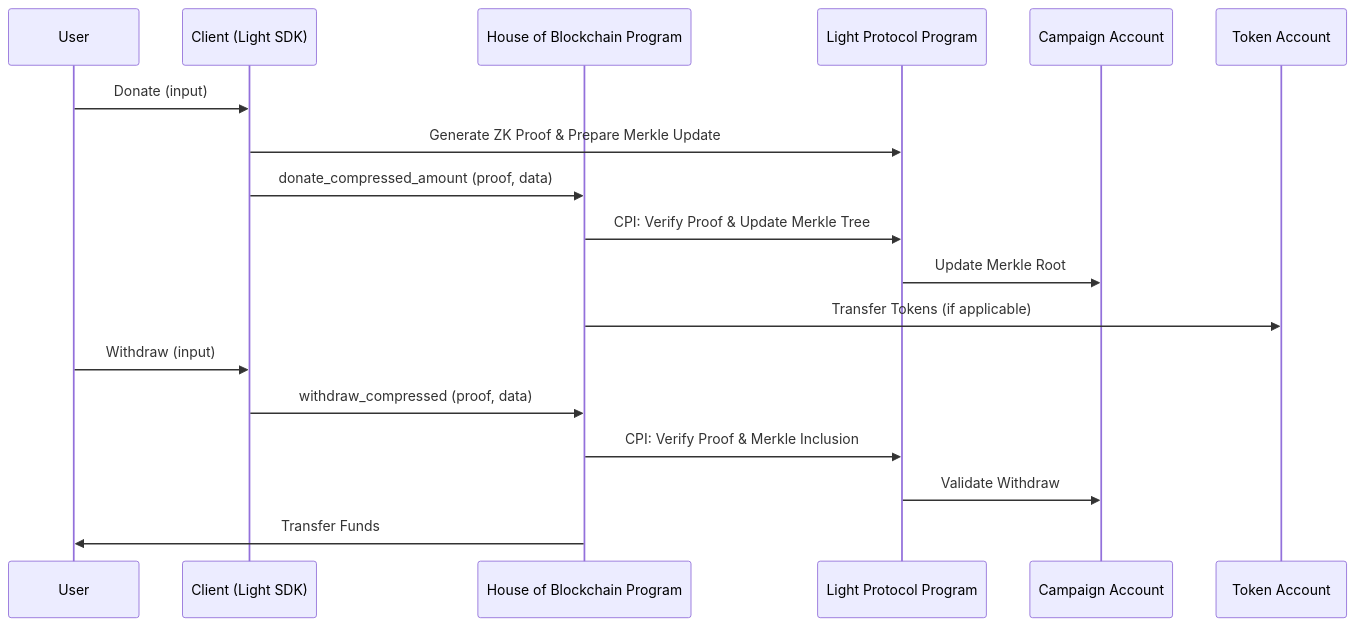
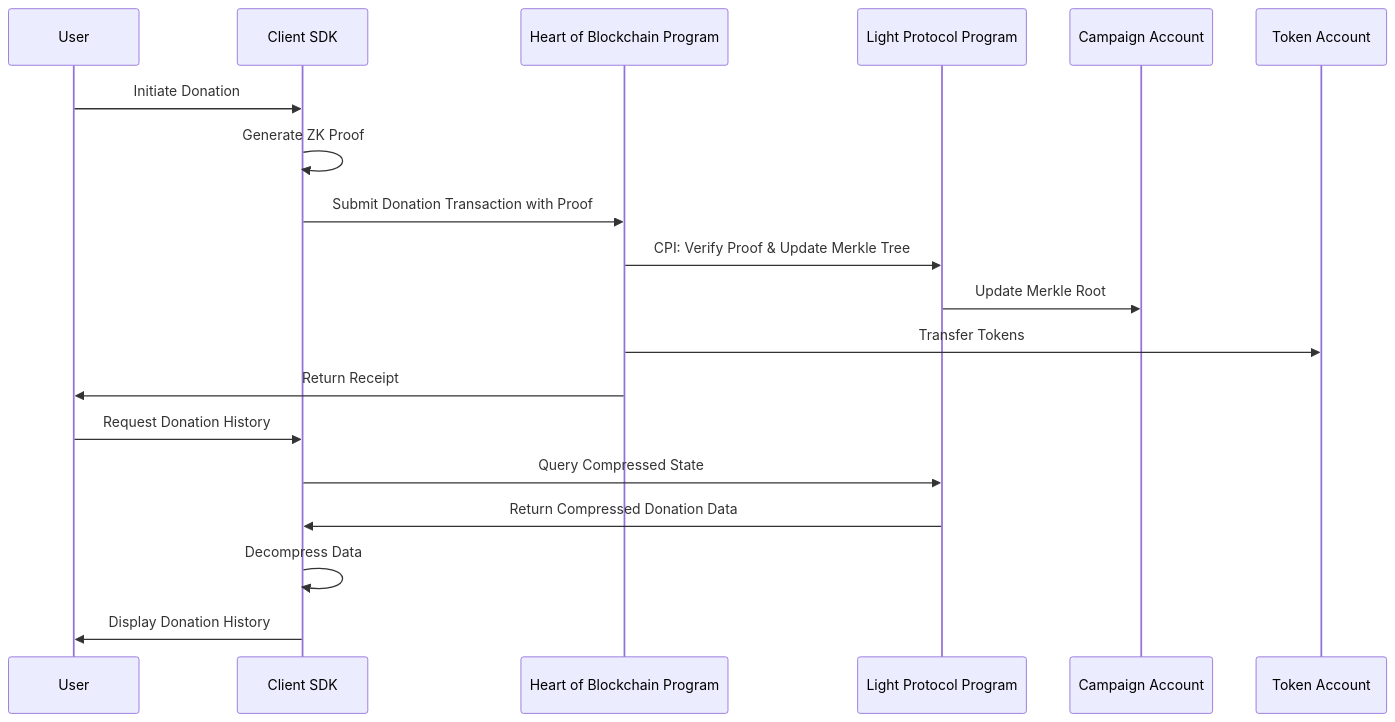
The diagram in docs/zkimplementation.md (HOBPulse/Heart-of-the-Blockchain), drawn with Mermaid before and after one commit. The commit also changed other lines of this file and 55 other files, not shown here.

````diff
--- a/docs/zkimplementation.md
+++ b/docs/zkimplementation.md
@@ -34,22 +11,23 @@
 ```mermaid
 sequenceDiagram
     participant User
-    participant Client as Client (Light SDK)
-    participant Program as House of Blockchain Program
+    participant Client as Client SDK
+    participant Program as Heart of Blockchain Program
     participant Light as Light Protocol Program
     participant Campaign as Campaign Account
     participant Token as Token Account
 
-    User->>Client: Donate (input)
-    Client->>Light: Generate ZK Proof & Prepare Merkle Update
-    Client->>Program: donate_compressed_amount (proof, data)
+    User->>Client: Initiate Donation
+    Client->>Client: Generate ZK Proof
+    Client->>Program: Submit Donation Transaction with Proof
     Program->>Light: CPI: Verify Proof & Update Merkle Tree
     Light->>Campaign: Update Merkle Root
-    Program->>Token: Transfer Tokens (if applicable)
+    Program->>Token: Transfer Tokens
+    Program->>User: Return Receipt
 
-    User->>Client: Withdraw (input)
-    Client->>Program: withdraw_compressed (proof, data)
-    Program->>Light: CPI: Verify Proof & Merkle Inclusion
-    Light->>Campaign: Validate Withdraw
-    Program->>User: Transfer Funds
+    User->>Client: Request Donation History
+    Client->>Light: Query Compressed State
+    Light->>Client: Return Compressed Donation Data
+    Client->>Client: Decompress Data
+    Client->>User: Display Donation History
 ```
````
